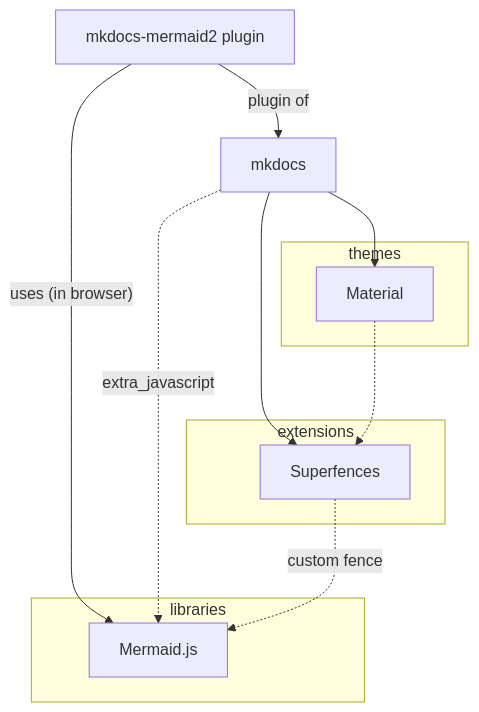
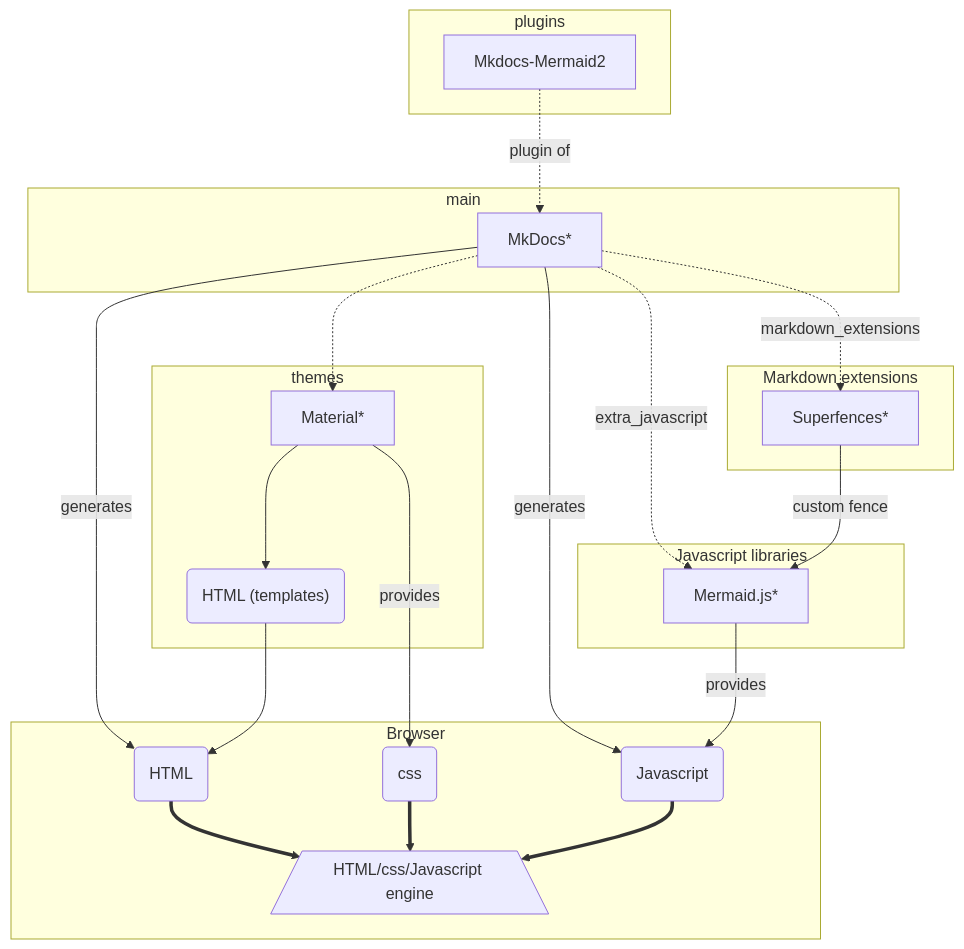
One commit to fralau/mkdocs-mermaid2-plugin changed the diagram in webdoc/docs/contribute.md. Above: the diagram before and after it, drawn with Mermaid. The commit also changed other lines of this file, not shown here.

Commit message:
Remake the webdoc diagram of dependencies

````diff
--- a/webdoc/docs/contribute.md
+++ b/webdoc/docs/contribute.md
@@ -16,24 +19,48 @@
 ```mermaid
 
 graph TD
-    mkdocs-mermaid["mkdocs-mermaid2 plugin"]
-    mkdocs-mermaid -- plugin of--> mkdocs
-    mkdocs-mermaid -- "uses (in browser)"--> Mermaid.js
-    mkdocs --> Superfences
-    mkdocs --> Material
-    mkdocs -.extra_javascript.-> Mermaid.js
-    Superfences -.custom fence.-> Mermaid.js
-    subgraph libraries
-    Mermaid.js
+
+    subgraph plugins
+    mkdocs-mermaid["Mkdocs-Mermaid2"]
     end
-    subgraph extensions
-    Superfences
+
+    subgraph browser["Browser"]
+    rendering[/"HTML/css/Javascript engine"\]
+    html(HTML) ==> rendering
+    css(css) ==> rendering
+    javascript(Javascript) ==> rendering
     end
+
+    subgraph main
+    mkdocs["MkDocs*"] -- generates --> html
+    mkdocs -- generates --> javascript
+    end
+
+    mkdocs-mermaid -.plugin of.-> mkdocs
+    mkdocs -.-> Material
+    mkdocs -.extra_javascript.-> mermaid
+    Superfences -- custom fence --> mermaid
+    
+
+    
+    subgraph libraries["Javascript libraries"]
+    mermaid[Mermaid.js*]  -- provides --> javascript 
+    end
+    
+    subgraph extensions["Markdown extensions"]
+    mkdocs -.markdown_extensions.-> Superfences
+    Superfences["Superfences*"]
+    end
+    
     subgraph themes
-    Material
-    Material -.-> Superfences
+    Material[Material*] -- provides --> css 
+    Material --> html2("HTML (templates)") --> html
     end
+
+   
+
     click mkdocs "https://www.mkdocs.org/" _blank
     click Material "https://squidfunk.github.io/mkdocs-material/" _blank
     click Superfences "https://facelessuser.github.io/pymdown-extensions/extensions/superfences/" _blank
+    click mermaid "https://mermaid.js.org/intro/" _blank
 ```
````
